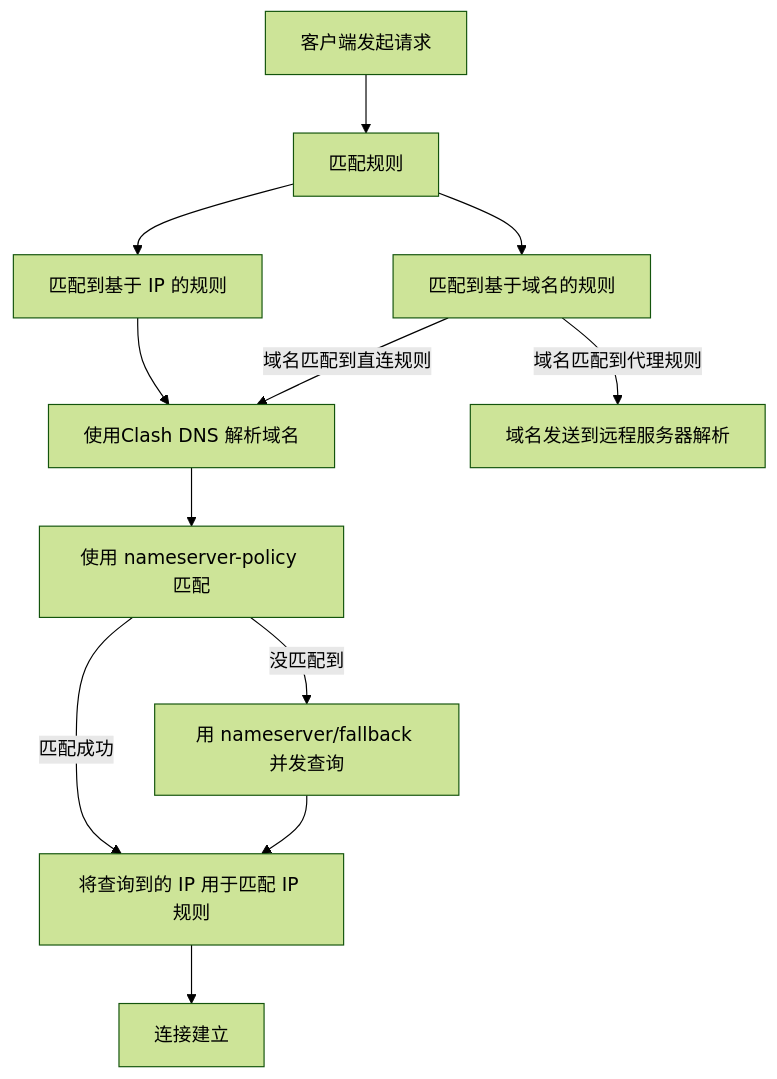
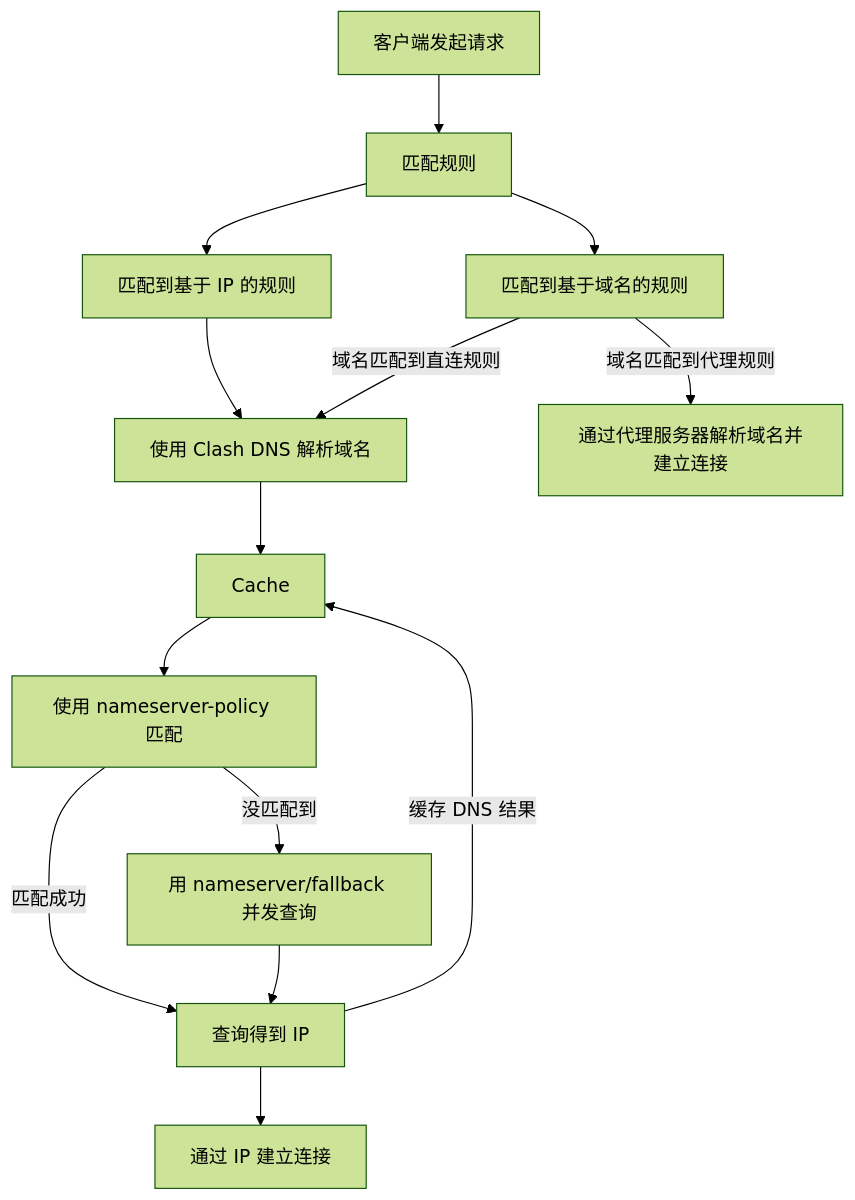
The diagram in docs/config/dns/diagram.md (MetaCubeX/Meta-Docs), drawn with Mermaid (forest theme) before and after one commit. The commit also changed other lines of this file, not shown here.

````diff
--- a/docs/config/dns/diagram.md
+++ b/docs/config/dns/diagram.md
@@ -3,15 +3,17 @@
 ```mermaid
-graph TD
+flowchart TD
   A[客户端发起请求] --> B[匹配规则]
   B --> IP[匹配到基于 IP 的规则]
   B -->  I[匹配到基于域名的规则]
-  IP --> DNS[使用Clash DNS 解析域名]
-  DNS --> NS[使用 nameserver-policy 匹配]
+  IP --> DNS[使用 Clash DNS 解析域名]
+  DNS --> Cache
+  Cache --> NS[使用 nameserver-policy 匹配]
   NS --> |匹配成功| G[将查询到的 IP 用于匹配 IP 规则]
   NS --> |没匹配到| F[用 nameserver/fallback 并发查询]
 
-  F --> G[将查询到的 IP 用于匹配 IP 规则]
+  F --> G[查询得到 IP]
+  G --> |缓存 DNS 结果 |Cache
   I --> |域名匹配到直连规则| DNS
-  I --> |域名匹配到代理规则|L[域名发送到远程服务器解析]
-  G --> S[连接建立]
+  I --> |域名匹配到代理规则|L[通过代理服务器解析域名并建立连接]
+  G --> S[通过 IP 建立连接]
 ```
````
